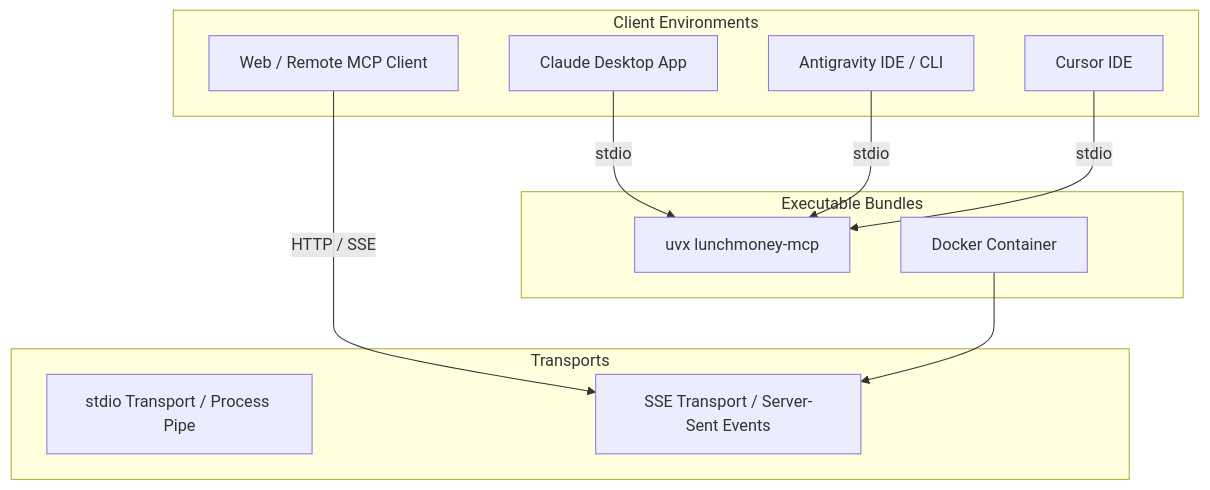
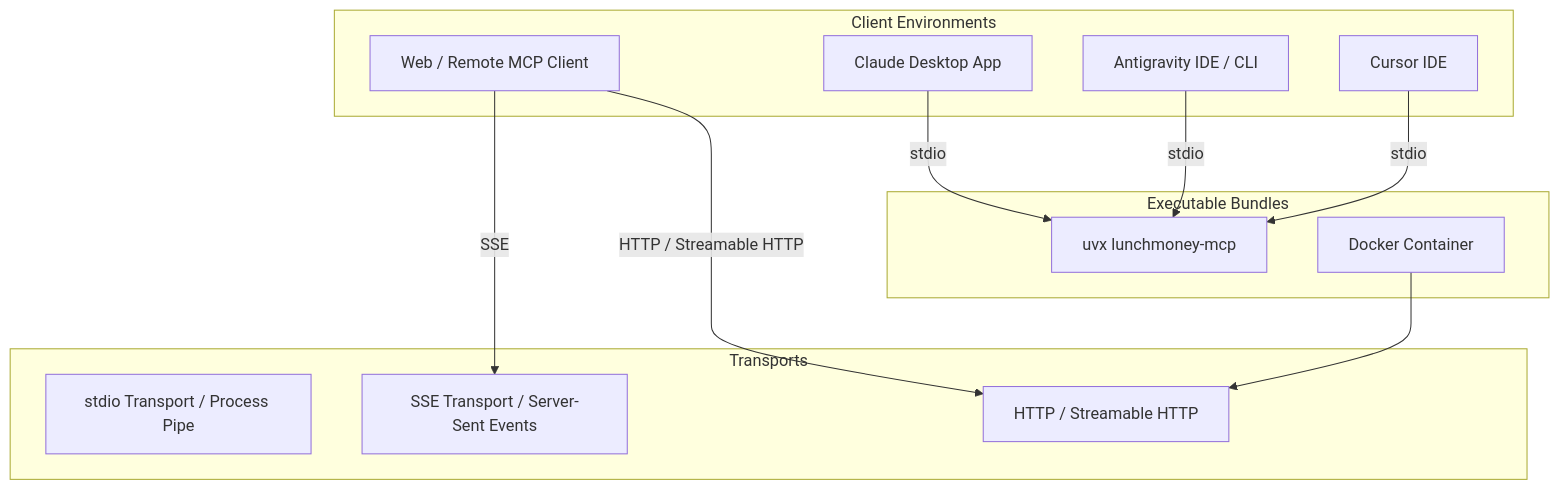
One commit to juftin/lunchmoney-app changed the diagram in docs/MCP_GUIDE.md. Above: the diagram before and after it, drawn with Mermaid. The commit also changed other lines of this file and 3 other files, not shown here.

````diff
--- a/docs/MCP_GUIDE.md
+++ b/docs/MCP_GUIDE.md
@@ -11,25 +11,27 @@
 ```mermaid
 graph TD
     subgraph Client Environments
         ClaudeDesktop[Claude Desktop App]
         AGY_IDE[Antigravity IDE / CLI]
         Cursor[Cursor IDE]
         WebClient[Web / Remote MCP Client]
     end
 
     subgraph Transports
         STDIO[stdio Transport / Process Pipe]
         SSE[SSE Transport / Server-Sent Events]
+        HTTP[HTTP / Streamable HTTP]
     end
 
     subgraph Executable Bundles
         UVX[uvx lunchmoney-mcp]
         Docker[Docker Container]
     end
 
     ClaudeDesktop -->|stdio| UVX
     AGY_IDE -->|stdio| UVX
     Cursor -->|stdio| UVX
-    WebClient -->|HTTP / SSE| SSE
-    Docker --> SSE
+    WebClient -->|SSE| SSE
+    WebClient -->|HTTP / Streamable HTTP| HTTP
+    Docker --> HTTP
 ```
````
